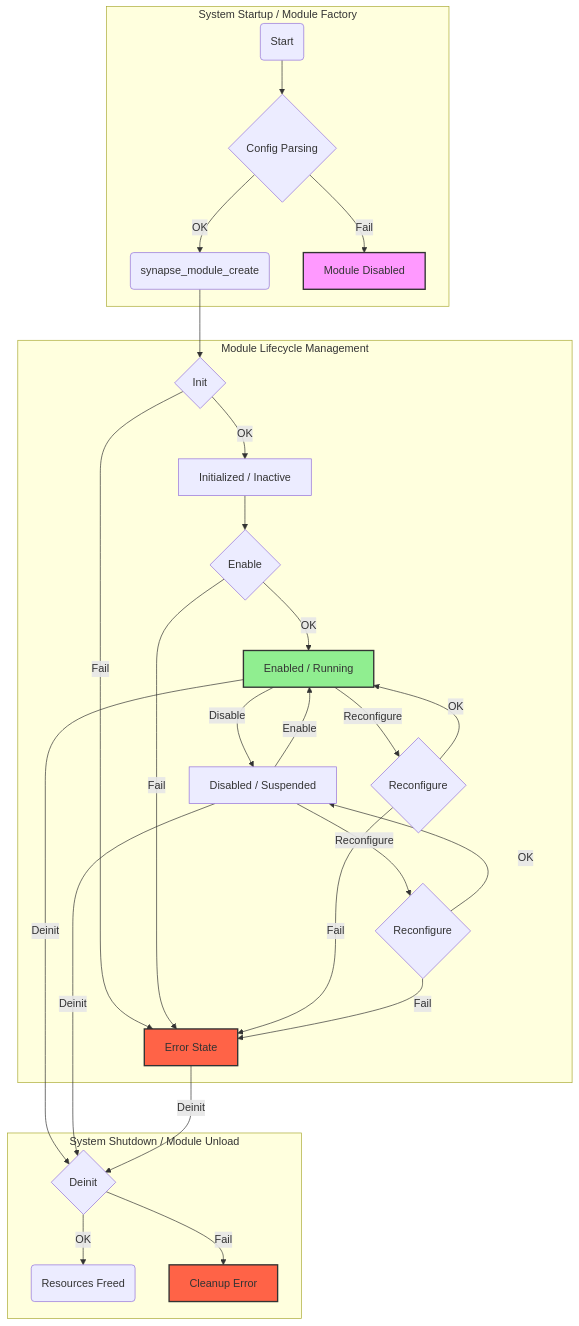
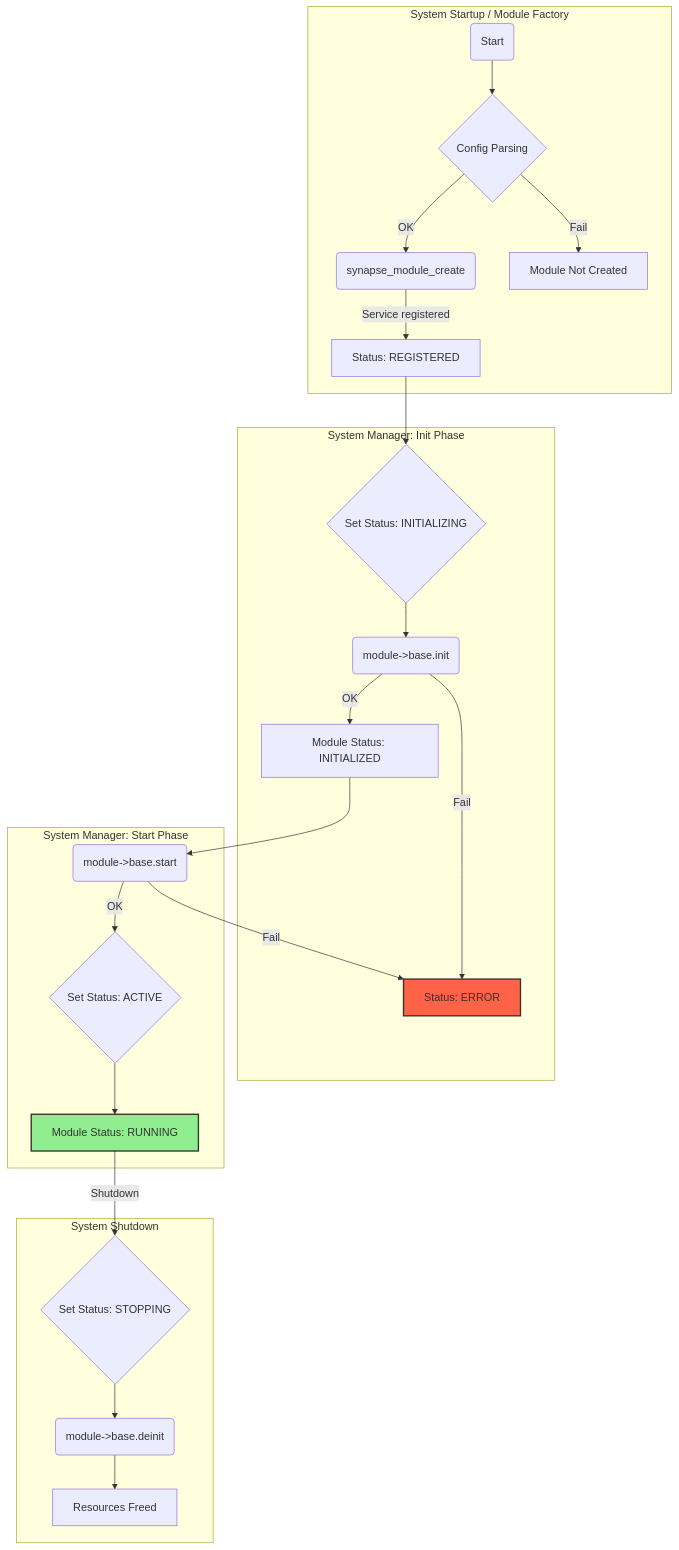
One commit to magradze/synapse changed the diagram in docs/structure/lifecycle_and_init.md. Above: the diagram before and after it, drawn with Mermaid. The commit also changed other lines of this file and 15 other files, not shown here.

````diff
--- a/docs/structure/lifecycle_and_init.md
+++ b/docs/structure/lifecycle_and_init.md
@@ -59,43 +30,32 @@
 ```mermaid
 graph TD
     subgraph "System Startup / Module Factory"
         A(Start) --> B{Config Parsing};
         B -- OK --> C(synapse_module_create);
-        B -- Fail --> D[Module Disabled];
+        C -- "Service registered" --> D[Status: REGISTERED];
+        B -- Fail --> Z[Module Not Created];
     end
 
-    subgraph "Module Lifecycle Management"
-        C --> E{Init};
-        E -- OK --> F[Initialized / Inactive];
-        E -- Fail --> G[Error State];
-
-        F --> H{Enable};
-        H -- OK --> I[Enabled / Running];
-        H -- Fail --> G;
-
-        I -- Disable --> J[Disabled / Suspended];
-        J -- Enable --> I;
-
-        I -- Reconfigure --> K{Reconfigure};
-        K -- OK --> I;
-        K -- Fail --> G;
-
-        J -- Reconfigure --> L{Reconfigure};
-        L -- OK --> J;
-        L -- Fail --> G;
+    subgraph "System Manager: Init Phase"
+        D --> E{Set Status: INITIALIZING};
+        E --> F(module->base.init);
+        F -- OK --> G[Module Status: INITIALIZED];
+        F -- Fail --> H[Status: ERROR];
     end
 
-    subgraph "System Shutdown / Module Unload"
-        I -- Deinit --> M{Deinit};
-        J -- Deinit --> M;
-        G -- Deinit --> M;
-
-        M -- OK --> N(Resources Freed);
-        M -- Fail --> O[Cleanup Error];
+    subgraph "System Manager: Start Phase"
+        G --> I(module->base.start);
+        I -- OK --> J{Set Status: ACTIVE};
+        J --> K[Module Status: RUNNING];
+        I -- Fail --> H;
+    end
+    
+    subgraph "System Shutdown"
+         K -- Shutdown --> L{Set Status: STOPPING};
+         L --> M(module->base.deinit);
+         M --> N[Resources Freed];
     end
 
-    style D fill:#f9f,stroke:#333,stroke-width:2px
-    style G fill:#ff6347,stroke:#333,stroke-width:2px
-    style O fill:#ff6347,stroke:#333,stroke-width:2px
-    style I fill:#90ee90,stroke:#333,stroke-width:2px
+    style H fill:#ff6347,stroke:#333,stroke-width:2px
+    style K fill:#90ee90,stroke:#333,stroke-width:2px
 ```
````
